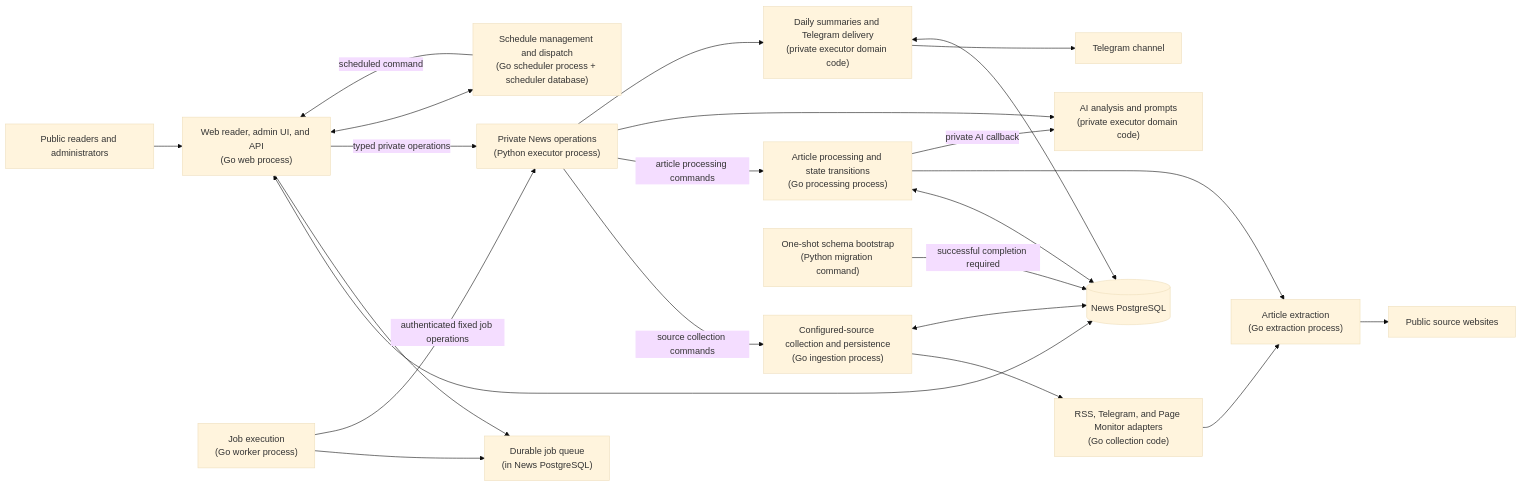
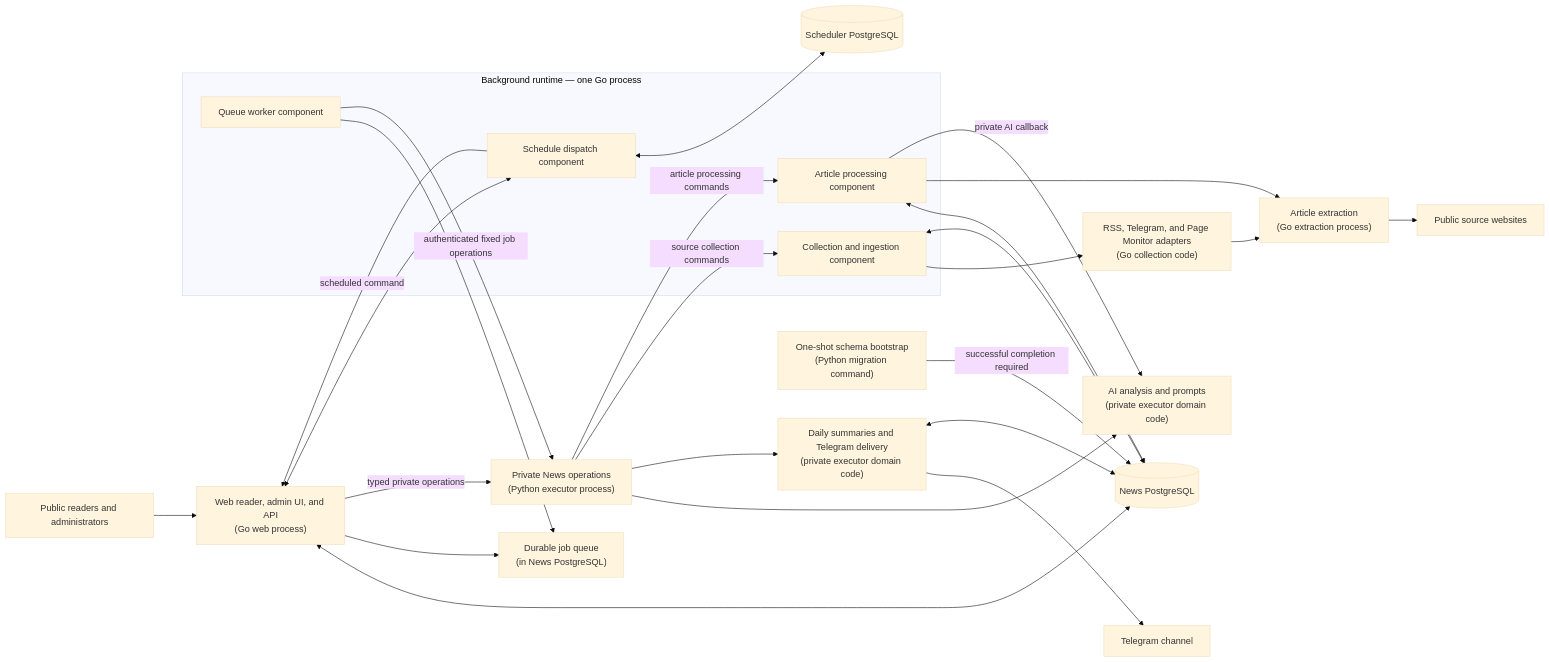
Before and after one commit to Dzarlax-AI/evening-news: the diagram in README.md, drawn with Mermaid (base theme). The commit also changed other lines of this file and 33 other files, not shown here.

````diff
--- a/README.md
+++ b/README.md
@@ -19,42 +19,46 @@
 ```mermaid
 flowchart LR
     Reader[Public readers and administrators]
     Web["Web reader, admin UI, and API<br/>(Go web process)"]
     NewsDB[(News PostgreSQL)]
     Jobs["Durable job queue<br/>(in News PostgreSQL)"]
-    Worker["Job execution<br/>(Go worker process)"]
+    subgraph Background["Background runtime — one Go process"]
+      Scheduler["Schedule dispatch component"]
+      Worker["Queue worker component"]
+      Ingestion["Collection and ingestion component"]
+      Processing["Article processing component"]
+    end
     Domain["Private News operations<br/>(Python executor process)"]
     AI["AI analysis and prompts<br/>(private executor domain code)"]
     Delivery["Daily summaries and Telegram delivery<br/>(private executor domain code)"]
-    Ingestion["Configured-source collection and persistence<br/>(Go ingestion process)"]
     Sources["RSS, Telegram, and Page Monitor adapters<br/>(Go collection code)"]
-    Processing["Article processing and state transitions<br/>(Go processing process)"]
     Extract["Article extraction<br/>(Go extraction process)"]
-    Scheduler["Schedule management and dispatch<br/>(Go scheduler process + scheduler database)"]
+    SchedulerDB[(Scheduler PostgreSQL)]
     Migrate["One-shot schema bootstrap<br/>(Python migration command)"]
     Internet[Public source websites]
     Telegram[Telegram channel]
 
     Reader --> Web
     Web <--> NewsDB
     Web --> Jobs
     Worker --> Jobs
     Worker -->|authenticated fixed job operations| Domain
     Domain -->|source collection commands| Ingestion
     Domain -->|article processing commands| Processing
     Ingestion --> Sources
     Ingestion <--> NewsDB
     Sources --> Extract
     Extract --> Internet
     Processing <--> NewsDB
     Processing --> Extract
     Processing -->|private AI callback| AI
     Domain --> AI
     Domain --> Delivery
     Delivery --> Telegram
     Delivery <--> NewsDB
     Web -->|typed private operations| Domain
     Web <--> Scheduler
+    Scheduler <--> SchedulerDB
     Scheduler -->|scheduled command| Web
     Migrate -->|successful completion required| NewsDB
 ```
````
